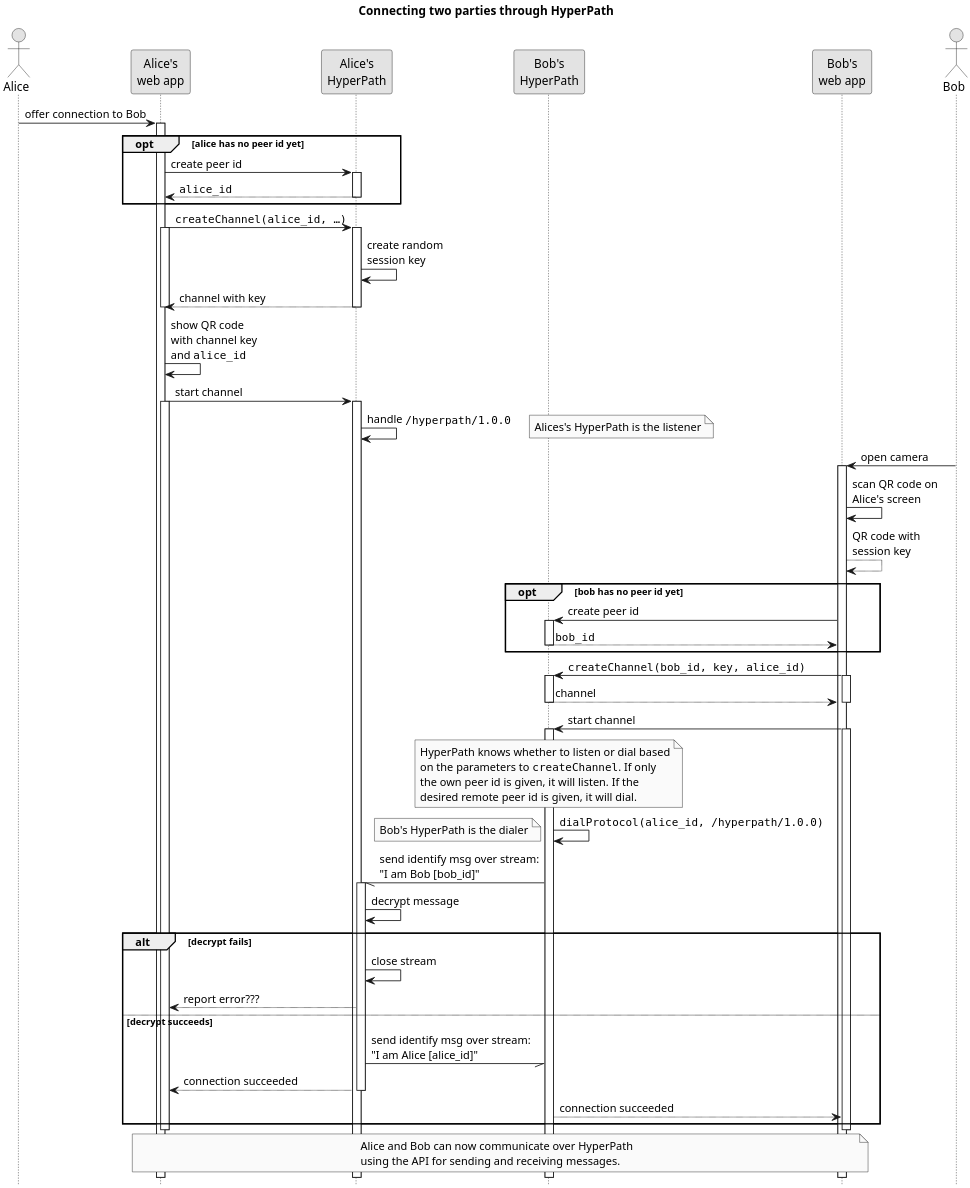
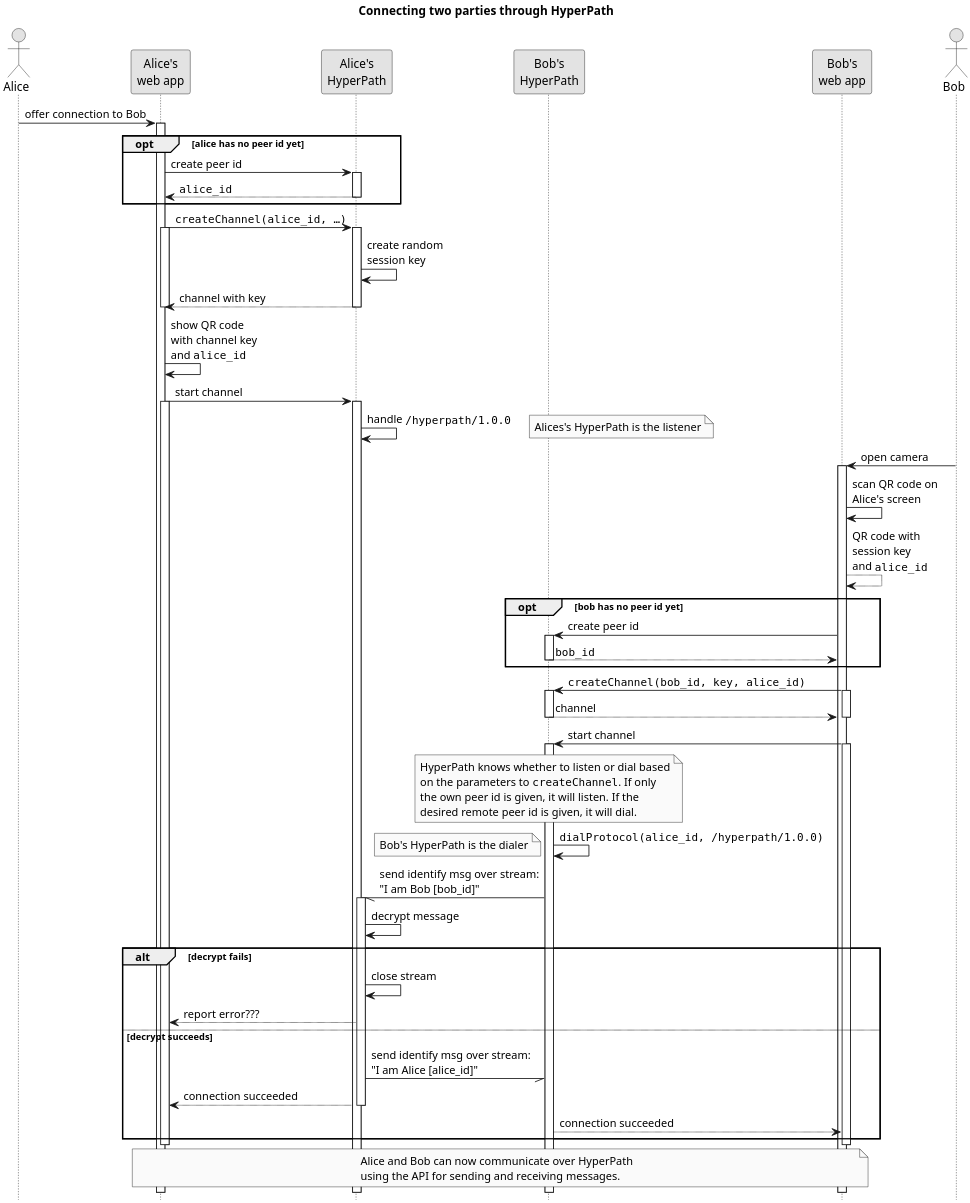
The diagram in design/connecting.plantuml (identity-box/hyperpath), drawn with PlantUML before and after one commit. The commit also changed 1 other file, not shown here.

```diff
--- a/design/connecting.plantuml
+++ b/design/connecting.plantuml
@@ -1,93 +1,93 @@
 @startuml connecting
 
 skinparam monochrome true
 skinparam shadowing false
 skinparam dpi 300
 hide footbox
 
 title Connecting two parties through HyperPath
 
 actor alice as "Alice"
 participant webapp_alice as "Alice's\nweb app"
 participant hyperpath_alice as "Alice's\nHyperPath"
 participant hyperpath_bob as "Bob's\nHyperPath"
 participant webapp_bob as "Bob's\nweb app"
 actor bob as "Bob"
 
 alice -> webapp_alice: offer connection to Bob
 activate webapp_alice
 
 opt alice has no peer id yet
 webapp_alice -> hyperpath_alice: create peer id
 activate hyperpath_alice
 hyperpath_alice --> webapp_alice: ""alice_id""
 deactivate hyperpath_alice
 end
 
 webapp_alice -> hyperpath_alice: ""createChannel(alice_id, …)""
 activate webapp_alice
 activate hyperpath_alice
 hyperpath_alice -> hyperpath_alice: create random\nsession key
 hyperpath_alice --> webapp_alice: channel with key
 deactivate hyperpath_alice
 deactivate webapp_alice
 webapp_alice -> webapp_alice: show QR code\nwith channel key\nand ""alice_id""
 webapp_alice -> hyperpath_alice: start channel
 activate hyperpath_alice
 activate webapp_alice
 hyperpath_alice -> hyperpath_alice: handle ""/hyperpath/1.0.0""
 note right: Alices's HyperPath is the listener
 
 bob -> webapp_bob: open camera
 activate webapp_bob
 webapp_bob -> webapp_bob: scan QR code on\nAlice's screen
-webapp_bob --> webapp_bob: QR code with\nsession key
+webapp_bob --> webapp_bob: QR code with\nsession key\nand ""alice_id""
 opt bob has no peer id yet
   webapp_bob -> hyperpath_bob: create peer id
   activate hyperpath_bob
   hyperpath_bob --> webapp_bob: ""bob_id""
   deactivate hyperpath_bob
 end
 
 webapp_bob -> hyperpath_bob: ""createChannel(bob_id, key, alice_id)""
 activate webapp_bob
 activate hyperpath_bob
 hyperpath_bob --> webapp_bob: channel
 deactivate hyperpath_bob
 deactivate webapp_bob
 webapp_bob -> hyperpath_bob: start channel
 activate hyperpath_bob
 
 activate webapp_bob
 note over hyperpath_bob
   HyperPath knows whether to listen or dial based
   on the parameters to ""createChannel"". If only
   the own peer id is given, it will listen. If the
   desired remote peer id is given, it will dial.
 end note
 
 hyperpath_bob -> hyperpath_bob: ""dialProtocol(alice_id, /hyperpath/1.0.0)""
 note left: Bob's HyperPath is the dialer
 
 hyperpath_bob -// hyperpath_alice: send identify msg over stream:\n"I am Bob [bob_id]"
 activate hyperpath_alice
 hyperpath_alice -> hyperpath_alice: decrypt message
 alt decrypt fails
   hyperpath_alice -> hyperpath_alice: close stream
   hyperpath_alice --> webapp_alice: report error???
 else decrypt succeeds
   hyperpath_alice -// hyperpath_bob: send identify msg over stream:\n"I am Alice [alice_id]"
   hyperpath_alice --> webapp_alice: connection succeeded
 deactivate hyperpath_alice
   hyperpath_bob ---> webapp_bob: connection succeeded
 end
 
 deactivate webapp_alice
 deactivate webapp_bob
 
 note over webapp_alice, webapp_bob
   Alice and Bob can now communicate over HyperPath
   using the API for sending and receiving messages.
 end note
 
 @enduml
```
